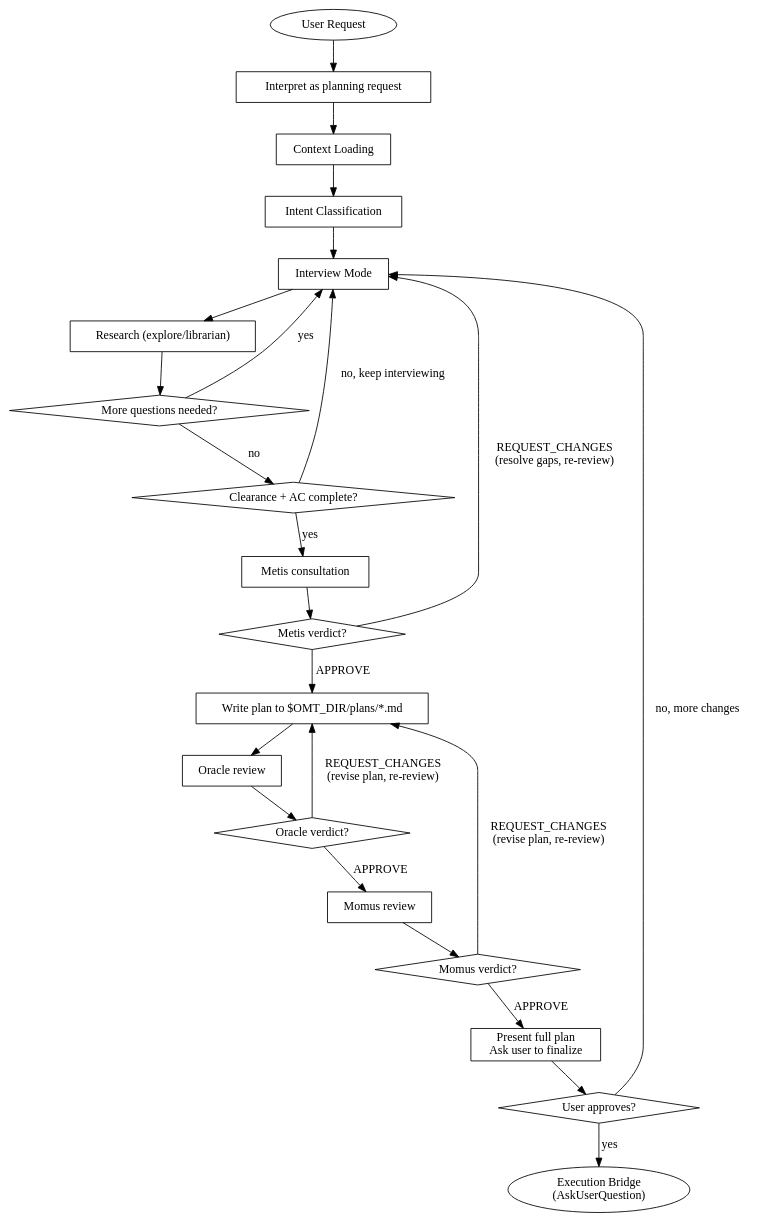
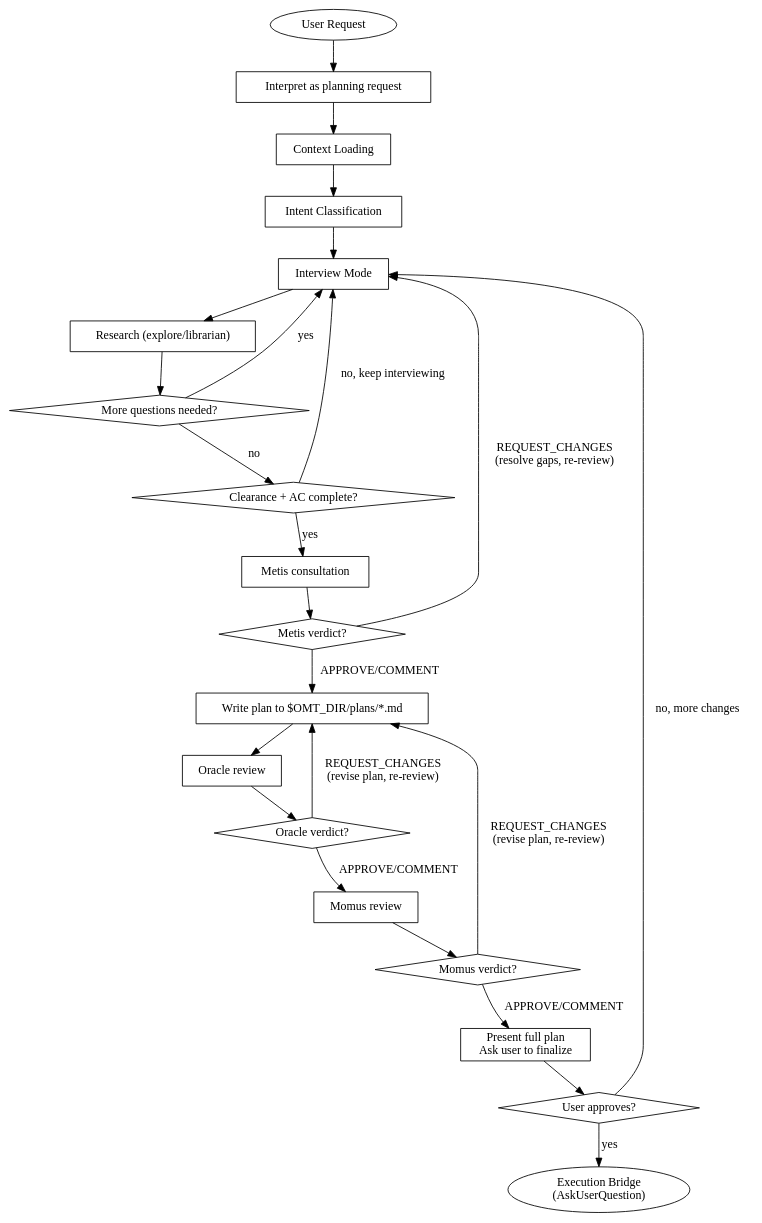
One commit to toongri/oh-my-toong-playground changed the diagram in skills/prometheus/SKILL.md. Above: the diagram before and after it, drawn with Graphviz. The commit also changed 6 other files, not shown here.

````diff
--- a/skills/prometheus/SKILL.md
+++ b/skills/prometheus/SKILL.md
@@ -51,47 +51,47 @@
 ```dot
 digraph prometheus_flow {
     rankdir=TB;
     "User Request" [shape=ellipse];
     "Interpret as planning request" [shape=box];
     "Context Loading" [shape=box];
     "Intent Classification" [shape=box];
     "Interview Mode" [shape=box];
     "Research (explore/librarian)" [shape=box];
     "More questions needed?" [shape=diamond];
     "Clearance + AC complete?" [shape=diamond];
     "Metis consultation" [shape=box];
     "Metis verdict?" [shape=diamond];
     "Write plan to $OMT_DIR/plans/*.md" [shape=box];
     "Oracle review" [shape=box];
     "Oracle verdict?" [shape=diamond];
     "Momus review" [shape=box];
     "Momus verdict?" [shape=diamond];
     "Present full plan\nAsk user to finalize" [shape=box];
     "User approves?" [shape=diamond];
     "Execution Bridge\n(AskUserQuestion)" [shape=ellipse];
 
     "User Request" -> "Interpret as planning request";
     "Interpret as planning request" -> "Context Loading";
     "Context Loading" -> "Intent Classification";
     "Intent Classification" -> "Interview Mode";
     "Interview Mode" -> "Research (explore/librarian)";
     "Research (explore/librarian)" -> "More questions needed?";
     "More questions needed?" -> "Interview Mode" [label="yes"];
     "More questions needed?" -> "Clearance + AC complete?" [label="no"];
     "Clearance + AC complete?" -> "Interview Mode" [label="no, keep interviewing"];
     "Clearance + AC complete?" -> "Metis consultation" [label="yes"];
     "Metis consultation" -> "Metis verdict?";
     "Metis verdict?" -> "Interview Mode" [label="REQUEST_CHANGES\n(resolve gaps, re-review)"];
-    "Metis verdict?" -> "Write plan to $OMT_DIR/plans/*.md" [label="APPROVE"];
+    "Metis verdict?" -> "Write plan to $OMT_DIR/plans/*.md" [label="APPROVE/COMMENT"];
     "Write plan to $OMT_DIR/plans/*.md" -> "Oracle review";
     "Oracle review" -> "Oracle verdict?";
     "Oracle verdict?" -> "Write plan to $OMT_DIR/plans/*.md" [label="REQUEST_CHANGES\n(revise plan, re-review)"];
-    "Oracle verdict?" -> "Momus review" [label="APPROVE"];
+    "Oracle verdict?" -> "Momus review" [label="APPROVE/COMMENT"];
     "Momus review" -> "Momus verdict?";
     "Momus verdict?" -> "Write plan to $OMT_DIR/plans/*.md" [label="REQUEST_CHANGES\n(revise plan, re-review)"];
-    "Momus verdict?" -> "Present full plan\nAsk user to finalize" [label="APPROVE"];
+    "Momus verdict?" -> "Present full plan\nAsk user to finalize" [label="APPROVE/COMMENT"];
     "Present full plan\nAsk user to finalize" -> "User approves?";
     "User approves?" -> "Interview Mode" [label="no, more changes"];
     "User approves?" -> "Execution Bridge\n(AskUserQuestion)" [label="yes"];
 }
 ```
````
